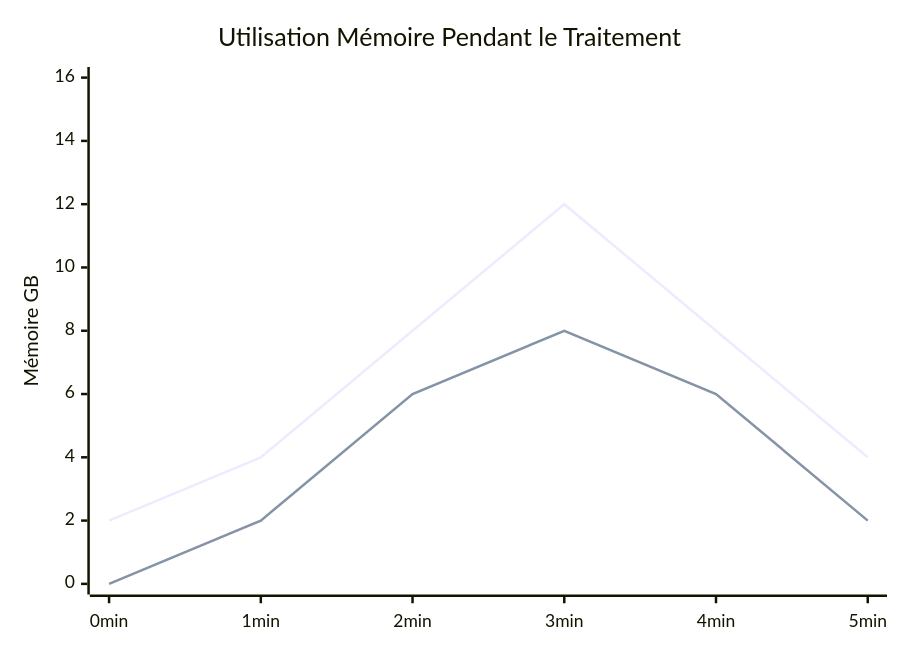
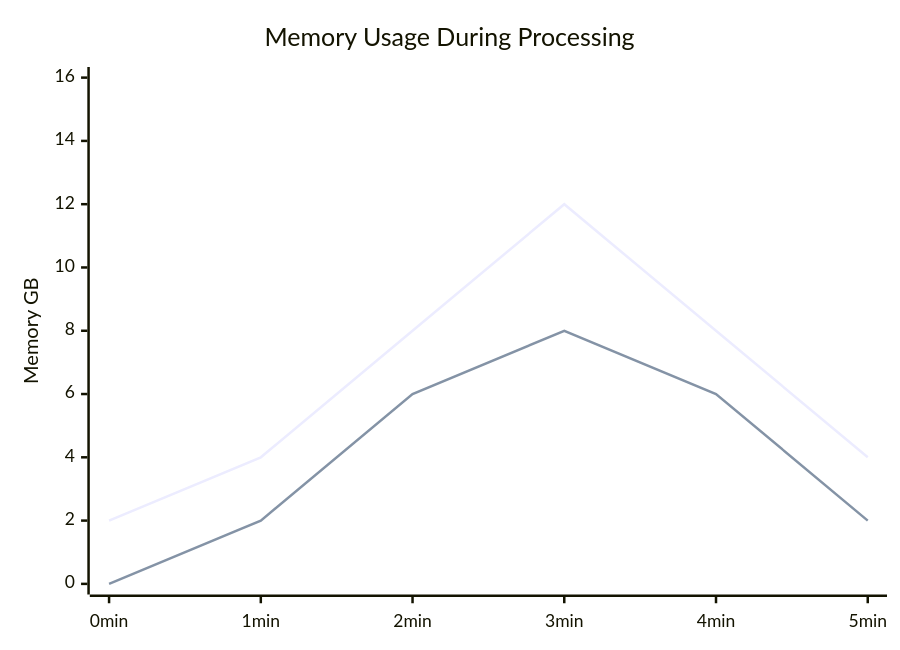
The fourth of 12 diagrams in website/i18n/fr/docusaurus-plugin-content-docs/current/mermaid-reference.md (sducournau/IGN_LIDAR_HD_DATASET), drawn with Mermaid before and after one commit. The commit also changed other lines of this file and 30 other files, not shown here.

````diff
--- a/website/i18n/fr/docusaurus-plugin-content-docs/current/mermaid-reference.md
+++ b/website/i18n/fr/docusaurus-plugin-content-docs/current/mermaid-reference.md
@@ -73,8 +81,8 @@
 ```mermaid
 xychart-beta
-    title "Utilisation Mémoire Pendant le Traitement"
+    title "Memory Usage During Processing"
     x-axis [0min, 1min, 2min, 3min, 4min, 5min]
-    y-axis "Mémoire GB" 0 --> 16
-    line "Utilisation RAM" [2, 4, 8, 12, 8, 4]
-    line "Mémoire GPU" [0, 2, 6, 8, 6, 2]
+    y-axis "Memory GB" 0 --> 16
+    line "RAM Usage" [2, 4, 8, 12, 8, 4]
+    line "GPU Memory" [0, 2, 6, 8, 6, 2]
 ```
````
